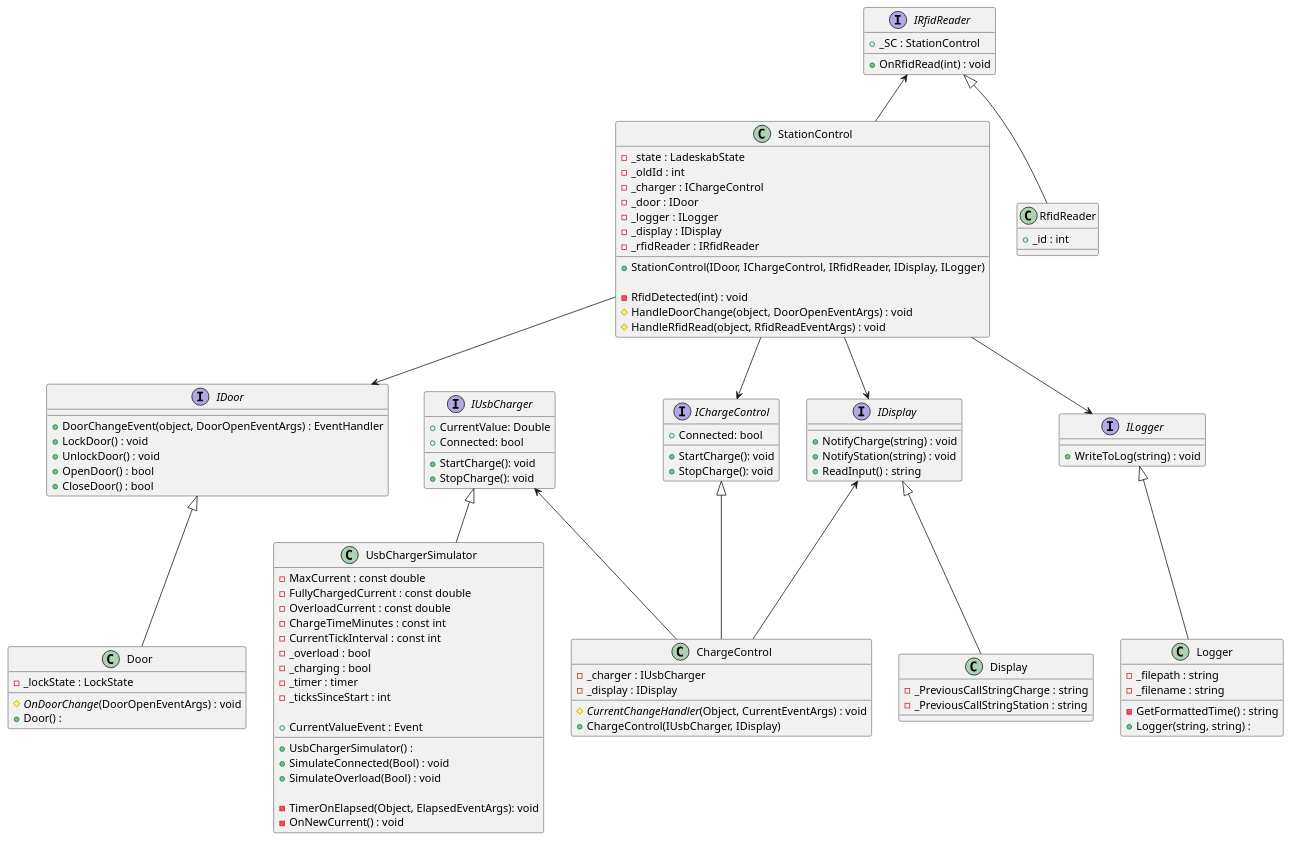
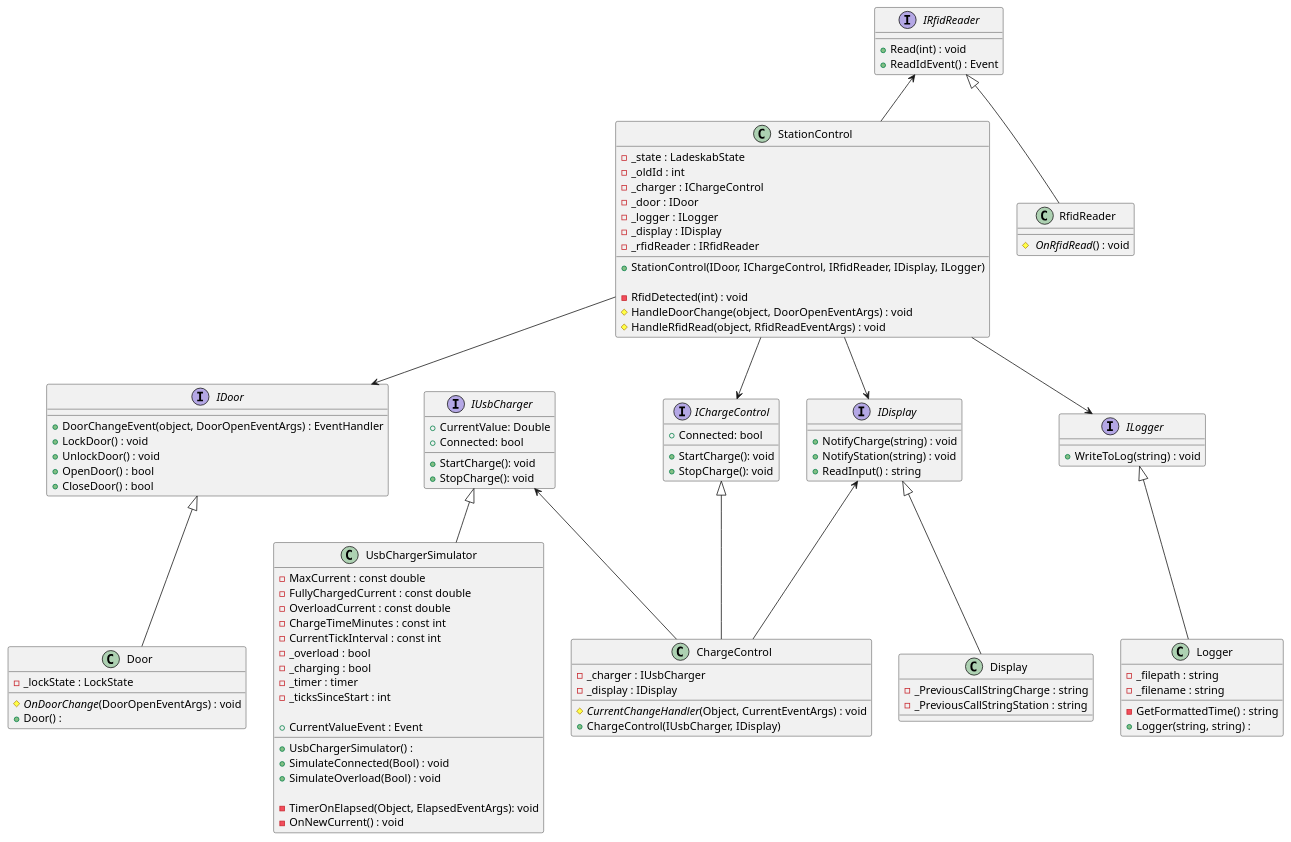
One commit to KunJakob/SWT-PhoneCharger changed the diagram in Diagrams/ClassDiagram.wsd. Above: the diagram before and after it, drawn with PlantUML. The commit also changed 1 other file, not shown here.

```diff
--- a/Diagrams/ClassDiagram.wsd
+++ b/Diagrams/ClassDiagram.wsd
@@ -1,149 +1,149 @@
 @startuml
 class StationControl
 {
     - _state : LadeskabState 
     - _oldId : int 
     - _charger : IChargeControl
     - _door : IDoor 
     - _logger : ILogger
     - _display : IDisplay
     - _rfidReader : IRfidReader
 
 
     + StationControl(IDoor, IChargeControl, IRfidReader, IDisplay, ILogger) 
 
     - RfidDetected(int) : void
      # HandleDoorChange(object, DoorOpenEventArgs) : void
      # HandleRfidRead(object, RfidReadEventArgs) : void
 }
 
 
 /' Door '/
 
 interface IDoor
 {
     + DoorChangeEvent(object, DoorOpenEventArgs) : EventHandler
     + LockDoor() : void
     + UnlockDoor() : void
     + OpenDoor() : bool
     + CloseDoor() : bool
 }
 
 class Door 
 {
     - _lockState : LockState
     # //OnDoorChange//(DoorOpenEventArgs) : void
     + Door() :
 }
 
 
 IDoor <|-- Door
 StationControl --> IDoor
 
 /' RFID READER '/
 
 interface IRfidReader{
 
-    + _SC : StationControl 
-    + OnRfidRead(int) : void   
+    + Read(int) : void  
+    + ReadIdEvent() : Event 
 }
 
 class RfidReader
 {
-    + _id : int  
+    # // OnRfidRead//() : void  
 }
 
 IRfidReader <-- StationControl
 IRfidReader <|-- RfidReader
 
 /' USB Charger '/
 class UsbChargerSimulator
 {
     - MaxCurrent : const double
     - FullyChargedCurrent : const double
     - OverloadCurrent : const double
     - ChargeTimeMinutes : const int
     - CurrentTickInterval : const int
     - _overload : bool
     - _charging : bool
     - _timer : timer
     - _ticksSinceStart : int
 
     + CurrentValueEvent : Event
 
     + UsbChargerSimulator() :
     + SimulateConnected(Bool) : void
     + SimulateOverload(Bool) : void
 
     - TimerOnElapsed(Object, ElapsedEventArgs): void
     - OnNewCurrent() : void
 }
 
 interface IUsbCharger
 {
     +CurrentValue: Double
     +Connected: bool
     +StartCharge(): void
     +StopCharge(): void
 }
 
 IUsbCharger <|-- UsbChargerSimulator
 
 /' ChargeControl '/
 
 interface IChargeControl
 {
     +Connected: bool
     +StartCharge(): void
     +StopCharge(): void
 }
 class ChargeControl
 {
     - _charger : IUsbCharger
     - _display : IDisplay
     # //CurrentChangeHandler//(Object, CurrentEventArgs) : void
     + ChargeControl(IUsbCharger, IDisplay)
 }
 IChargeControl <|-- ChargeControl
 StationControl --> IChargeControl
 IUsbCharger <-- ChargeControl
 IDisplay <-- ChargeControl
 /' Display '/
 
 interface IDisplay
 {
     + NotifyCharge(string) : void
     + NotifyStation(string) : void
     + ReadInput() : string
 }
 
 class Display
 {
 
     - _PreviousCallStringCharge : string
     - _PreviousCallStringStation : string
 }
     IDisplay <|-- Display
     StationControl --> IDisplay
 
 /' Logger '/
 
 class Logger
 {
     - _filepath : string
     - _filename : string
     - GetFormattedTime() : string
     + Logger(string, string) : 
 
 }
 
 
 interface ILogger
 {
     + WriteToLog(string) : void
 }
 
 ILogger <|-- Logger
 StationControl --> ILogger
 
 @enduml
```
